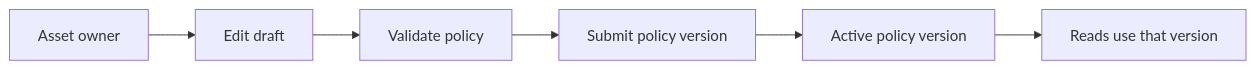
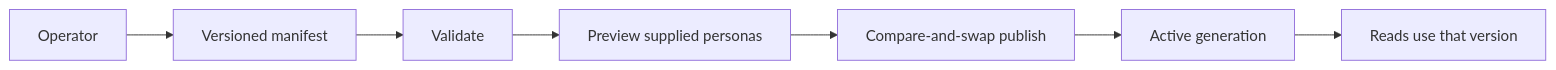
The first of 2 diagrams in docs/policy-authoring.md (snithish/dal-obscura), drawn with Mermaid before and after one commit. The commit also changed other lines of this file and 3 other files, not shown here.

````diff
--- a/docs/policy-authoring.md
+++ b/docs/policy-authoring.md
@@ -19,8 +20,9 @@
 ```mermaid
 flowchart LR
-    owner["Asset owner"] --> draft["Edit draft"]
-    draft --> validate["Validate policy"]
-    validate --> publish["Submit policy version"]
-    publish --> active["Active policy version"]
+    operator["Operator"] --> manifest["Versioned manifest"]
+    manifest --> validate["Validate"]
+    validate --> preview["Preview supplied personas"]
+    preview --> publish["Compare-and-swap publish"]
+    publish --> active["Active generation"]
     active --> read["Reads use that version"]
 ```
````
